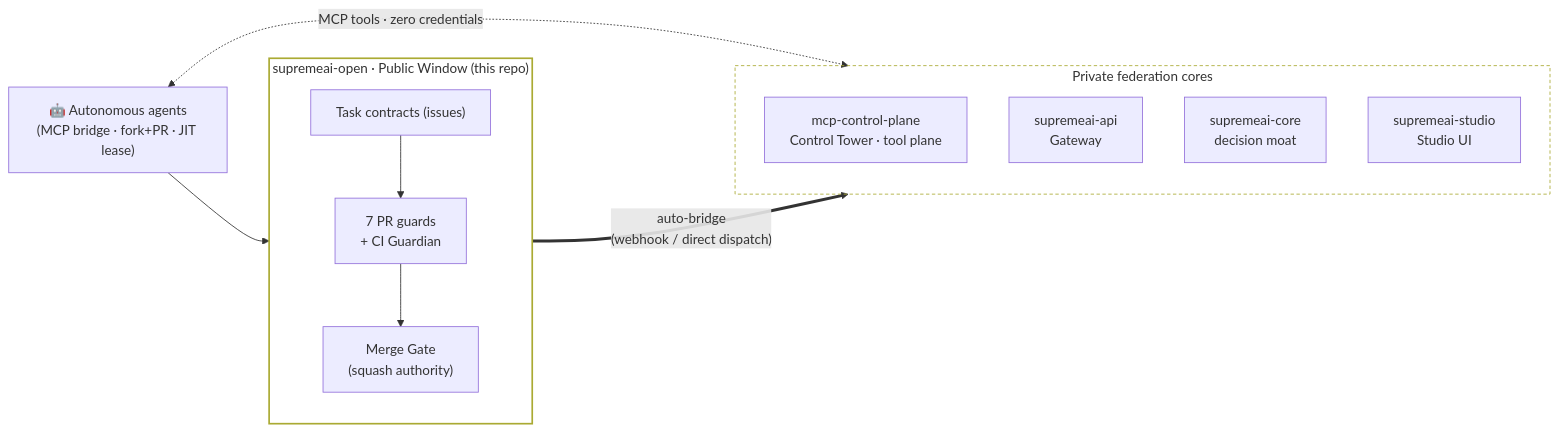
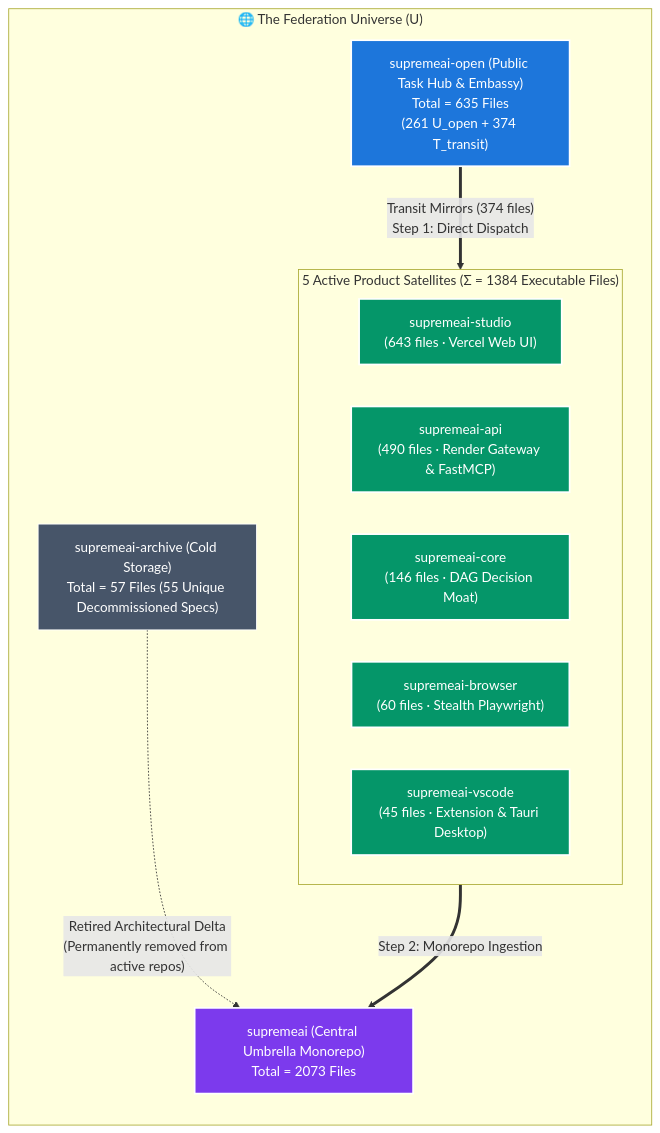
Before and after one commit to Supremeai-bd/supremeai-open: the first of 3 diagrams in README.md, drawn with Mermaid. The commit also changed other lines of this file and 6 other files, not shown here.

````diff
--- a/README.md
+++ b/README.md
@@ -24,27 +28,31 @@
 ```mermaid
-flowchart LR
-    AGENT["🤖 Autonomous agents<br/>(MCP bridge · fork+PR · JIT lease)"]
+flowchart TD
+    subgraph FEDERATION_UNIVERSE ["🌐 The Federation Universe (U)"]
+        direction TB
+        OPEN["supremeai-open (Public Task Hub & Embassy)<br>Total = 635 Files<br>(261 U_open + 374 T_transit)"]
+        MONO["supremeai (Central Umbrella Monorepo)<br>Total = 2073 Files"]
+        
+        subgraph ACTIVE_SATS ["5 Active Product Satellites (Σ = 1384 Executable Files)"]
+            S_STUDIO["supremeai-studio<br>(643 files · Vercel Web UI)"]
+            S_API["supremeai-api<br>(490 files · Render Gateway & FastMCP)"]
+            S_CORE["supremeai-core<br>(146 files · DAG Decision Moat)"]
+            S_BROWSER["supremeai-browser<br>(60 files · Stealth Playwright)"]
+            S_VSCODE["supremeai-vscode<br>(45 files · Extension & Tauri Desktop)"]
+        end
 
-    subgraph OPEN["supremeai-open · Public Window (this repo)"]
-        direction TB
-        TASKS["Task contracts (issues)"] --> GUARDS["7 PR guards<br/>+ CI Guardian"]
-        GUARDS --> GATE["Merge Gate<br/>(squash authority)"]
+        ARCHIVE["supremeai-archive (Cold Storage)<br>Total = 57 Files (55 Unique Decommissioned Specs)"]
     end
 
-    subgraph PRIVATE["Private federation cores"]
-        direction TB
-        TOWER["mcp-control-plane<br/>Control Tower · tool plane"]
-        API["supremeai-api<br/>Gateway"]
-        CORE["supremeai-core<br/>decision moat"]
-        STUDIO["supremeai-studio<br/>Studio UI"]
-    end
+    OPEN ==>|"Transit Mirrors (374 files)<br>Step 1: Direct Dispatch"| ACTIVE_SATS
+    ACTIVE_SATS ==>|"Step 2: Monorepo Ingestion"| MONO
+    ARCHIVE -.->|"Retired Architectural Delta<br>(Permanently removed from active repos)"| MONO
 
-    AGENT --> TASKS
-    AGENT <-.->|"MCP tools · zero credentials"| TOWER
-    GATE ==>|"auto-bridge<br/>(webhook / direct dispatch)"| PRIVATE
-
-    classDef boundary fill:none,stroke-width:2px;
-    classDef core fill:none,stroke-dasharray:4 3;
-    class OPEN boundary;
-    class PRIVATE core;
+    classDef open fill:#1d76db,stroke:#fff,stroke-width:2px,color:#fff;
+    classDef sats fill:#059669,stroke:#fff,stroke-width:2px,color:#fff;
+    classDef mono fill:#7c3aed,stroke:#fff,stroke-width:2px,color:#fff;
+    classDef archive fill:#475569,stroke:#fff,stroke-width:1px,color:#fff;
+    class OPEN open;
+    class S_STUDIO,S_API,S_CORE,S_BROWSER,S_VSCODE sats;
+    class MONO mono;
+    class ARCHIVE archive;
 ```
````
